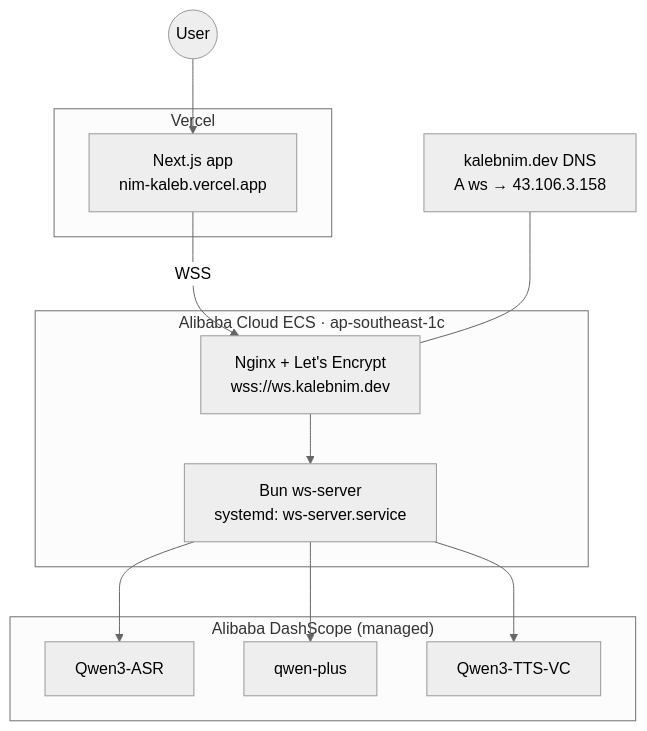
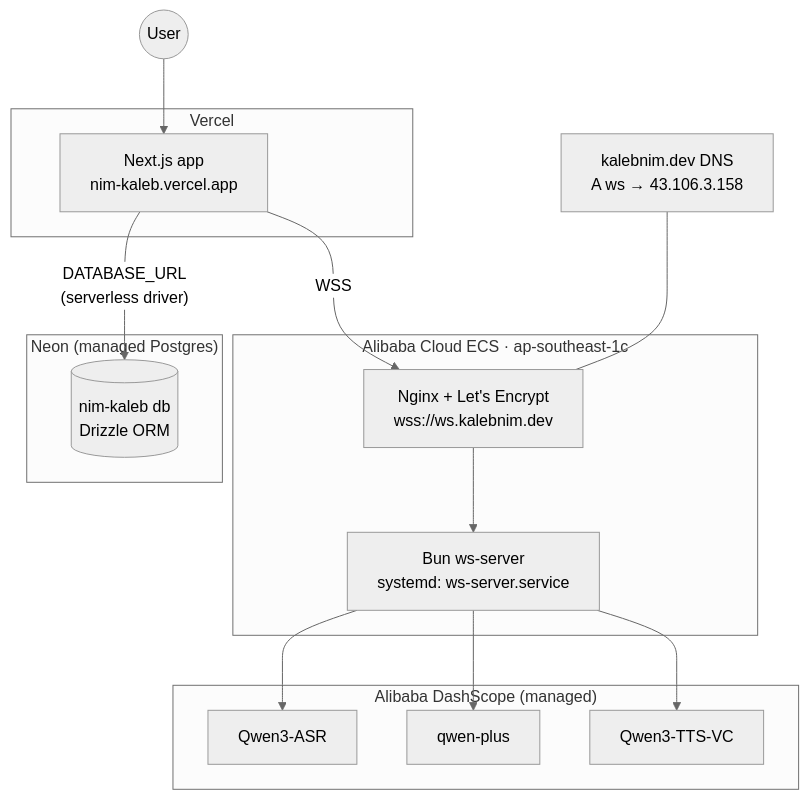
One commit to Kaleb-Nim/nim-kaleb changed the third of 3 diagrams in README.md. Above: the diagram before and after it, drawn with Mermaid (neutral theme). The commit also changed other lines of this file and 2 other files, not shown here.

First line of the commit message:
docs(readme): add tech stack logo grid and document Neon Postgres

````diff
--- a/README.md
+++ b/README.md
@@ -83,27 +88,32 @@
 ```mermaid
 flowchart TB
     DNS["kalebnim.dev DNS<br/>A ws → 43.106.3.158"]
 
     subgraph Vercel["Vercel"]
         FE["Next.js app<br/>nim-kaleb.vercel.app"]
     end
 
     subgraph ECS["Alibaba Cloud ECS · ap-southeast-1c"]
         NGX["Nginx + Let's Encrypt<br/>wss://ws.kalebnim.dev"]
         BUN["Bun ws-server<br/>systemd: ws-server.service"]
         NGX --> BUN
     end
 
     subgraph DS["Alibaba DashScope (managed)"]
         ASR2["Qwen3-ASR"]
         LLM2["qwen-plus"]
         TTS2["Qwen3-TTS-VC"]
     end
 
+    subgraph NEON["Neon (managed Postgres)"]
+        DB[("nim-kaleb db<br/>Drizzle ORM")]
+    end
+
     User((User)) --> FE
     FE -- WSS --> NGX
+    FE -- "DATABASE_URL<br/>(serverless driver)" --> DB
     DNS --- NGX
     BUN --> ASR2
     BUN --> LLM2
     BUN --> TTS2
 ```
````
